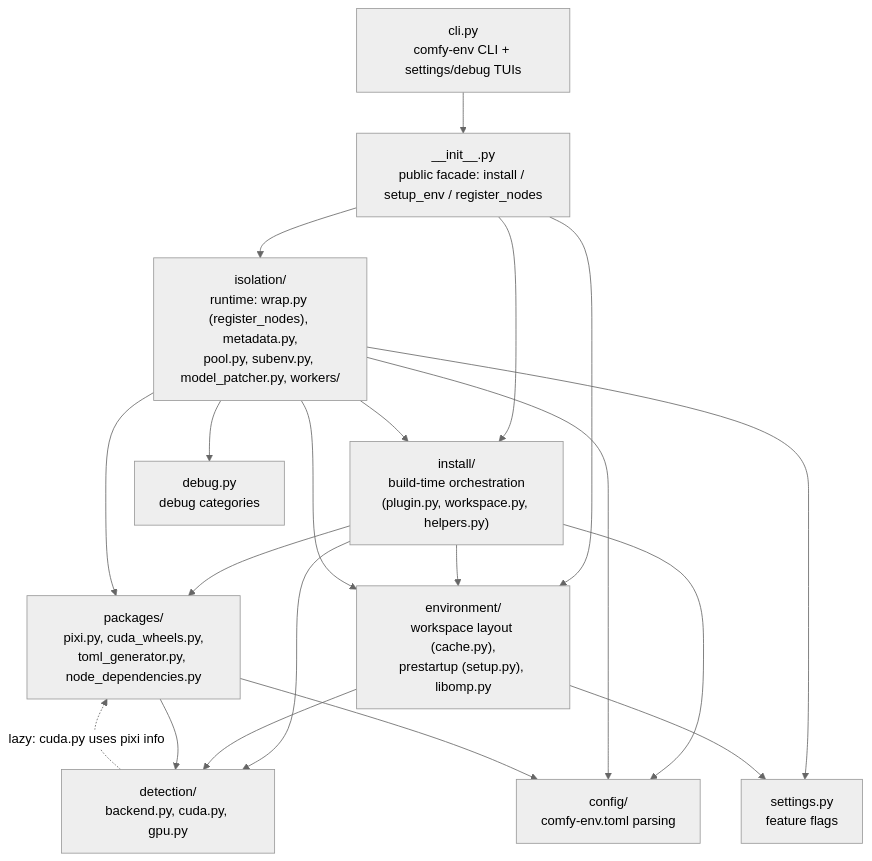
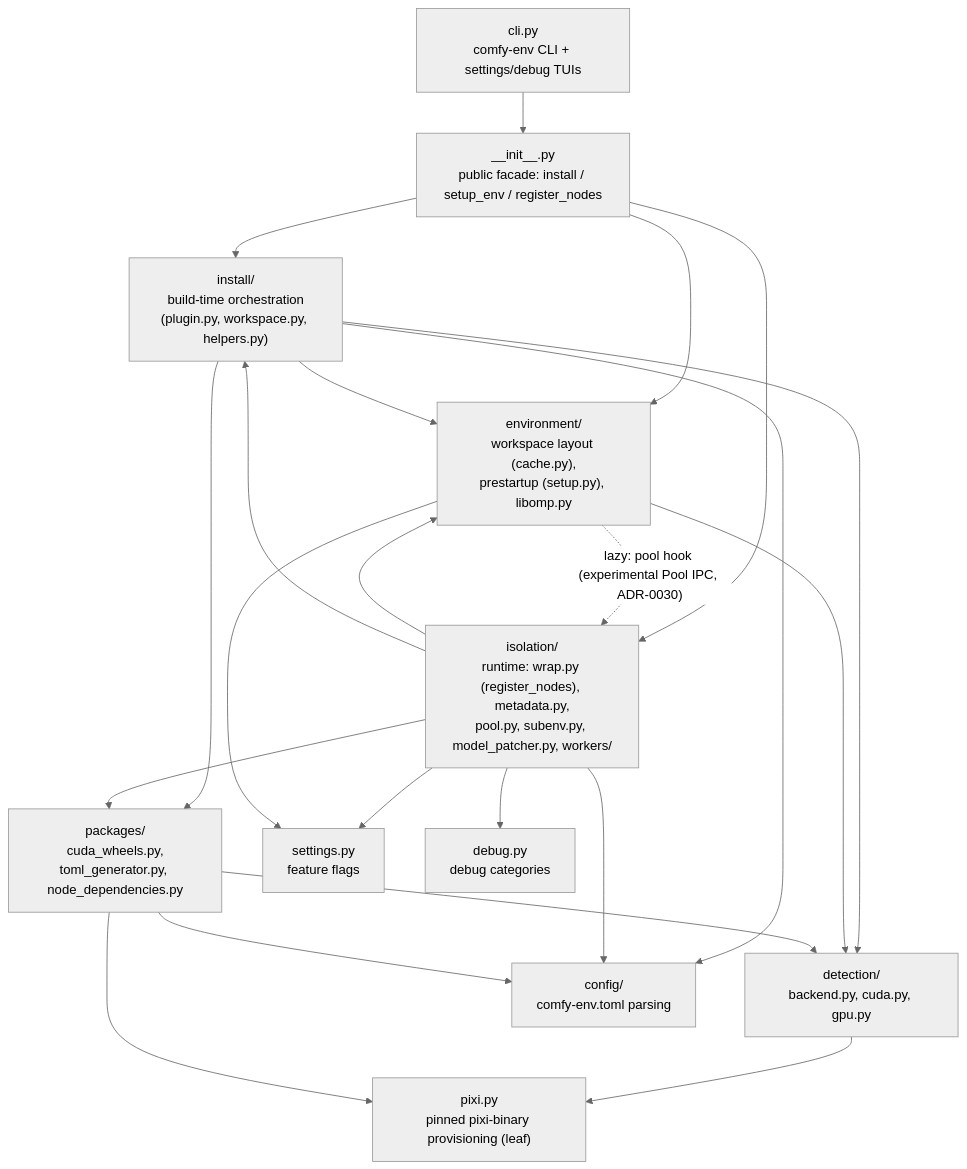
One commit to Comfy-Forge/comfy-forge-docs changed the second of 4 diagrams in docs/comfy-env/index.md. Above: the diagram before and after it, drawn with Mermaid (neutral theme). The commit also changed other lines of this file and 1 other file, not shown here.

First line of the commit message:
docs: correct the layering claim -- detection<->packages fixed, environment cycle recorded honestly

````diff
--- a/docs/comfy-env/index.md
+++ b/docs/comfy-env/index.md
@@ -369,33 +369,36 @@
 ```mermaid
 flowchart TD
     cli["cli.py<br/>comfy-env CLI + settings/debug TUIs"]
     facade["__init__.py<br/>public facade: install / setup_env / register_nodes"]
     install["install/<br/>build-time orchestration<br/>(plugin.py, workspace.py, helpers.py)"]
     isolation["isolation/<br/>runtime: wrap.py (register_nodes), metadata.py,<br/>pool.py, subenv.py, model_patcher.py, workers/"]
     environment["environment/<br/>workspace layout (cache.py),<br/>prestartup (setup.py), libomp.py"]
-    packages["packages/<br/>pixi.py, cuda_wheels.py,<br/>toml_generator.py, node_dependencies.py"]
+    packages["packages/<br/>cuda_wheels.py,<br/>toml_generator.py, node_dependencies.py"]
     detection["detection/<br/>backend.py, cuda.py, gpu.py"]
+    pixi["pixi.py<br/>pinned pixi-binary provisioning (leaf)"]
     config["config/<br/>comfy-env.toml parsing"]
     settings["settings.py<br/>feature flags"]
     debug["debug.py<br/>debug categories"]
 
     cli --> facade
     facade --> install
     facade --> isolation
     facade --> environment
     install --> packages
     install --> environment
     install --> detection
     install --> config
     isolation --> environment
     isolation --> packages
     isolation --> install
     isolation --> config
     isolation --> settings
     isolation --> debug
     environment --> detection
     environment --> settings
     packages --> detection
     packages --> config
-    detection -.->|"lazy: cuda.py uses pixi info"| packages
+    detection --> pixi
+    packages --> pixi
+    environment -.->|"lazy: pool hook (experimental Pool IPC, ADR-0030)"| isolation
 ```
````
